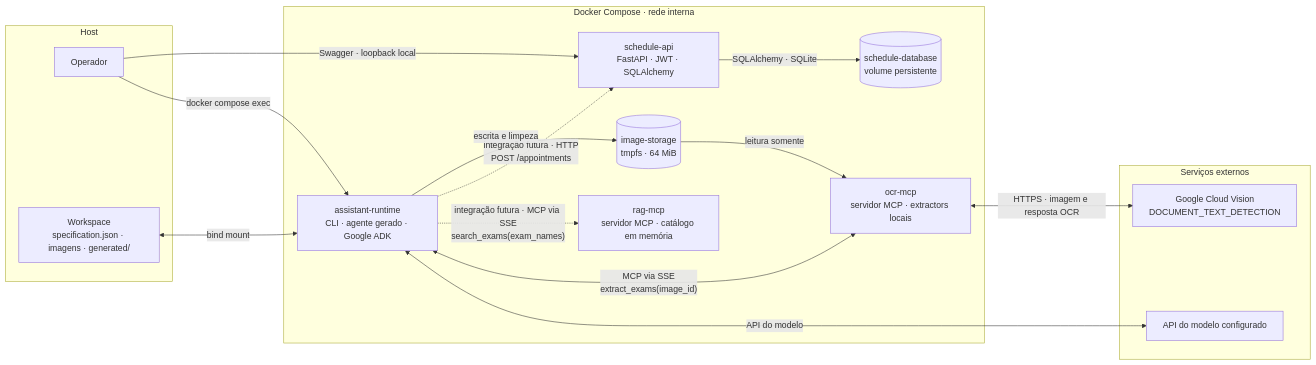
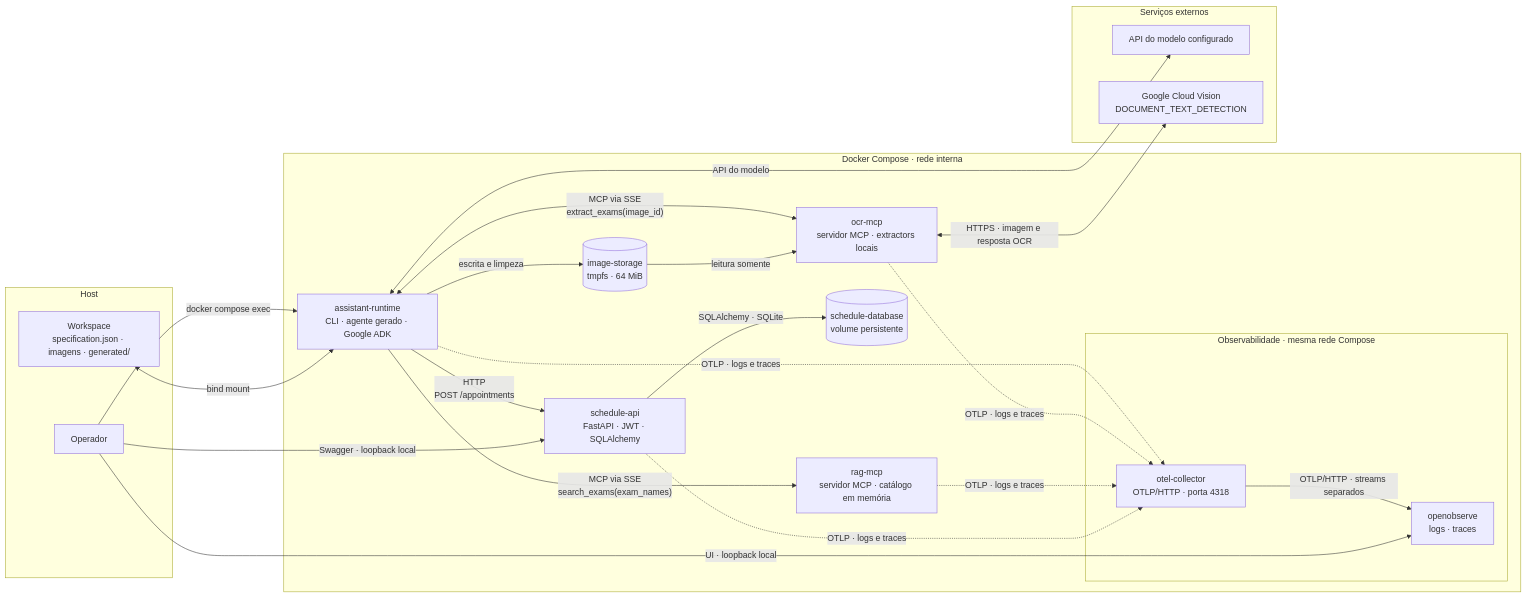
The diagram in docs/system-design.md (patrickadeelino/carrefour_challenge), drawn with Mermaid before and after one commit. The commit also changed other lines of this file and 4 other files, not shown here.

````diff
--- a/docs/system-design.md
+++ b/docs/system-design.md
@@ -32,33 +33,44 @@
 ```mermaid
 flowchart LR
     subgraph Host["Host"]
         Operator["Operador"]
         Workspace["Workspace<br/>specification.json · imagens · generated/"]
     end
 
     subgraph Compose["Docker Compose · rede interna"]
         Runtime["assistant-runtime<br/>CLI · agente gerado · Google ADK"]
         TempStore[("image-storage<br/>tmpfs · 64 MiB")]
         OCR["ocr-mcp<br/>servidor MCP · extractors locais"]
         RAG["rag-mcp<br/>servidor MCP · catálogo em memória"]
         Schedule["schedule-api<br/>FastAPI · JWT · SQLAlchemy"]
         ScheduleDB[("schedule-database<br/>volume persistente")]
+
+        subgraph Observability["Observabilidade · mesma rede Compose"]
+            Collector["otel-collector<br/>OTLP/HTTP · porta 4318"]
+            OpenObserve["openobserve<br/>logs · traces"]
+        end
     end
 
     subgraph External["Serviços externos"]
         Model["API do modelo configurado"]
         Vision["Google Cloud Vision<br/>DOCUMENT_TEXT_DETECTION"]
     end
 
     Operator -->|"docker compose exec"| Runtime
     Workspace <-->|"bind mount"| Runtime
     Runtime <-->|"API do modelo"| Model
     Runtime <-->|"MCP via SSE<br/>extract_exams(image_id)"| OCR
-    Runtime -.->|"integração futura · MCP via SSE<br/>search_exams(exam_names)"| RAG
-    Runtime -.->|"integração futura · HTTP<br/>POST /appointments"| Schedule
+    Runtime -->|"MCP via SSE<br/>search_exams(exam_names)"| RAG
+    Runtime -->|"HTTP<br/>POST /appointments"| Schedule
     Runtime -->|"escrita e limpeza"| TempStore
     TempStore -->|"leitura somente"| OCR
     OCR <-->|"HTTPS · imagem e resposta OCR"| Vision
     Schedule -->|"SQLAlchemy · SQLite"| ScheduleDB
     Operator -->|"Swagger · loopback local"| Schedule
+    Runtime -.->|"OTLP · logs e traces"| Collector
+    OCR -.->|"OTLP · logs e traces"| Collector
+    RAG -.->|"OTLP · logs e traces"| Collector
+    Schedule -.->|"OTLP · logs e traces"| Collector
+    Collector -->|"OTLP/HTTP · streams separados"| OpenObserve
+    Operator -->|"UI · loopback local"| OpenObserve
 ```
````
